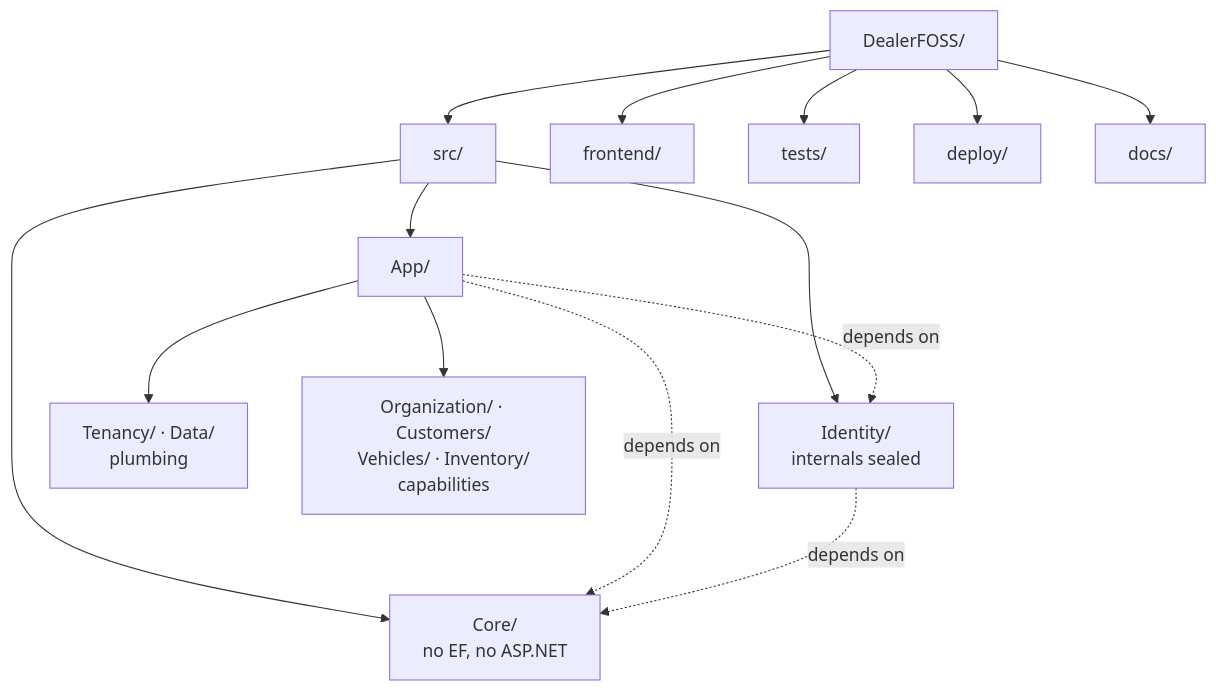
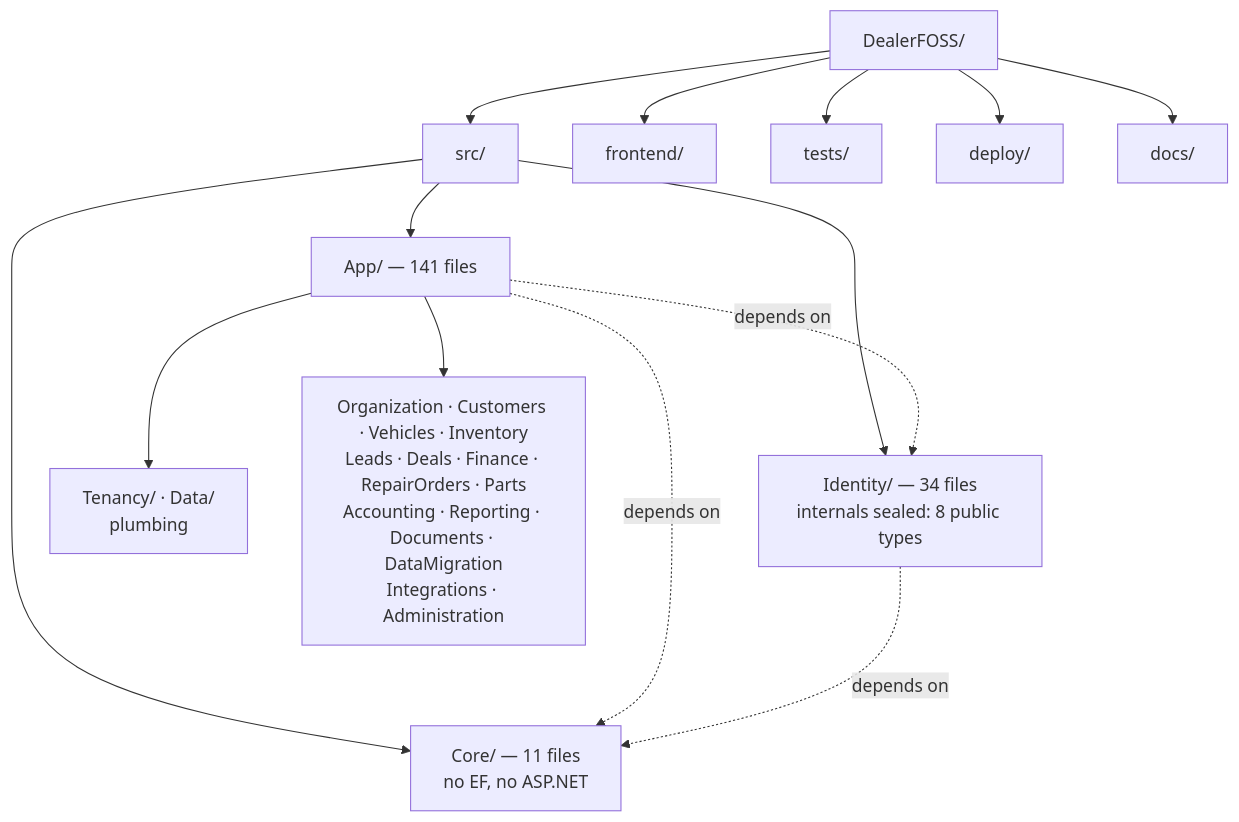
One commit to PoulaAdel/DealerFOSS changed the first of 3 diagrams in docs/diagrams/02-project-structure.md. Above: the diagram before and after it, drawn with Mermaid. The commit also changed 4 other files, not shown here.

Commit message:
Enhance diagrams

````diff
--- a/docs/diagrams/02-project-structure.md
+++ b/docs/diagrams/02-project-structure.md
@@ -8,16 +8,16 @@
 ```mermaid
 flowchart TB
     Root["DealerFOSS/"] --> Src["src/"]
     Root --> Front["frontend/"]
     Root --> Tests["tests/"]
     Root --> Deploy["deploy/"]
     Root --> Docs["docs/"]
-    Src --> Core["Core/<br/>no EF, no ASP.NET"]
-    Src --> Identity["Identity/<br/>internals sealed"]
-    Src --> App["App/"]
+    Src --> Core["Core/ — 11 files<br/>no EF, no ASP.NET"]
+    Src --> Identity["Identity/ — 34 files<br/>internals sealed: 8 public types"]
+    Src --> App["App/ — 141 files"]
     App --> Plumbing["Tenancy/ · Data/<br/>plumbing"]
-    App --> Features["Organization/ · Customers/<br/>Vehicles/ · Inventory/<br/>capabilities"]
+    App --> Features["Organization · Customers · Vehicles · Inventory<br/>Leads · Deals · Finance · RepairOrders · Parts<br/>Accounting · Reporting · Documents · DataMigration<br/>Integrations · Administration"]
     App -.depends on.-> Identity
     App -.depends on.-> Core
     Identity -.depends on.-> Core
 ```
````
